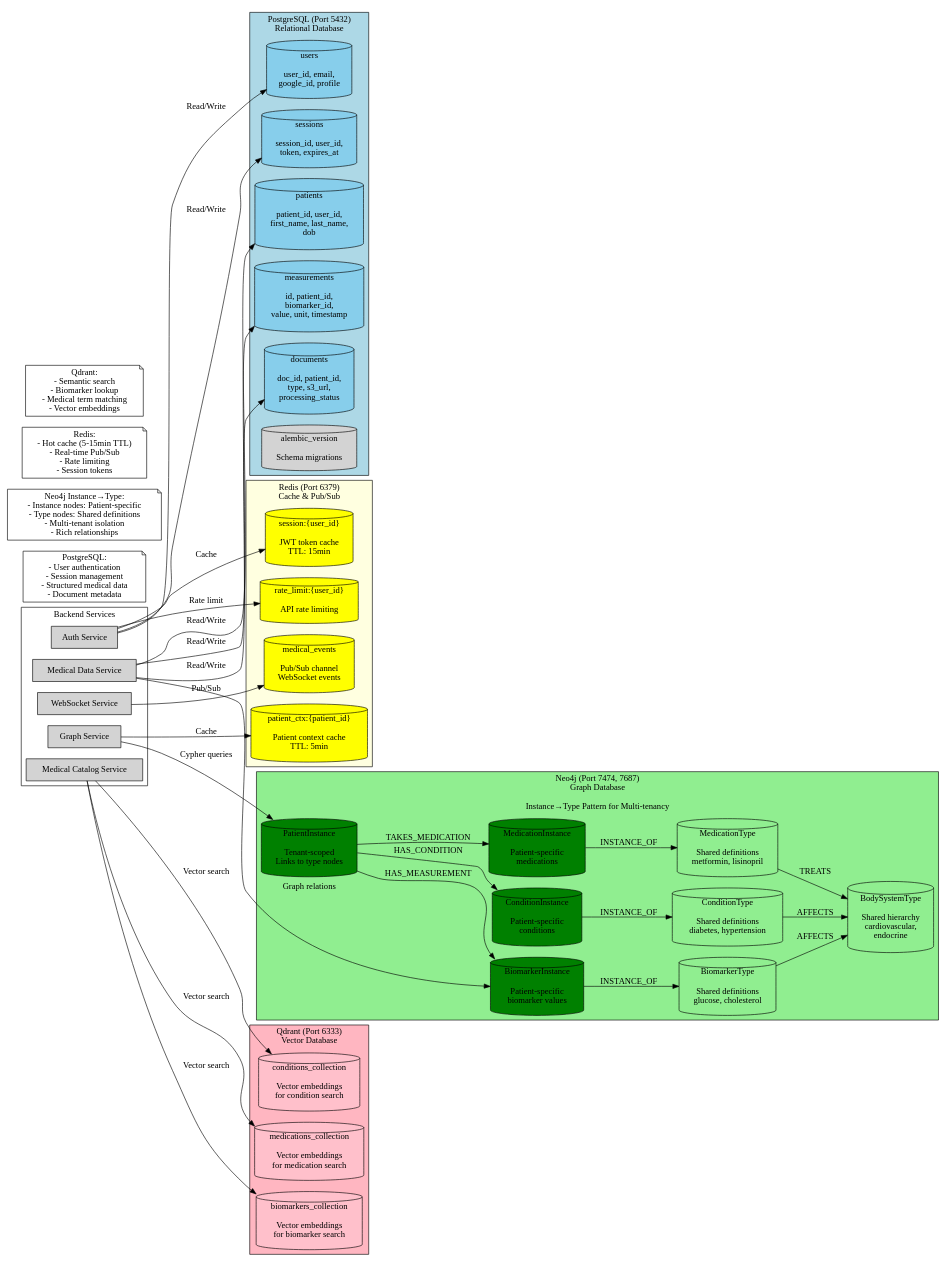
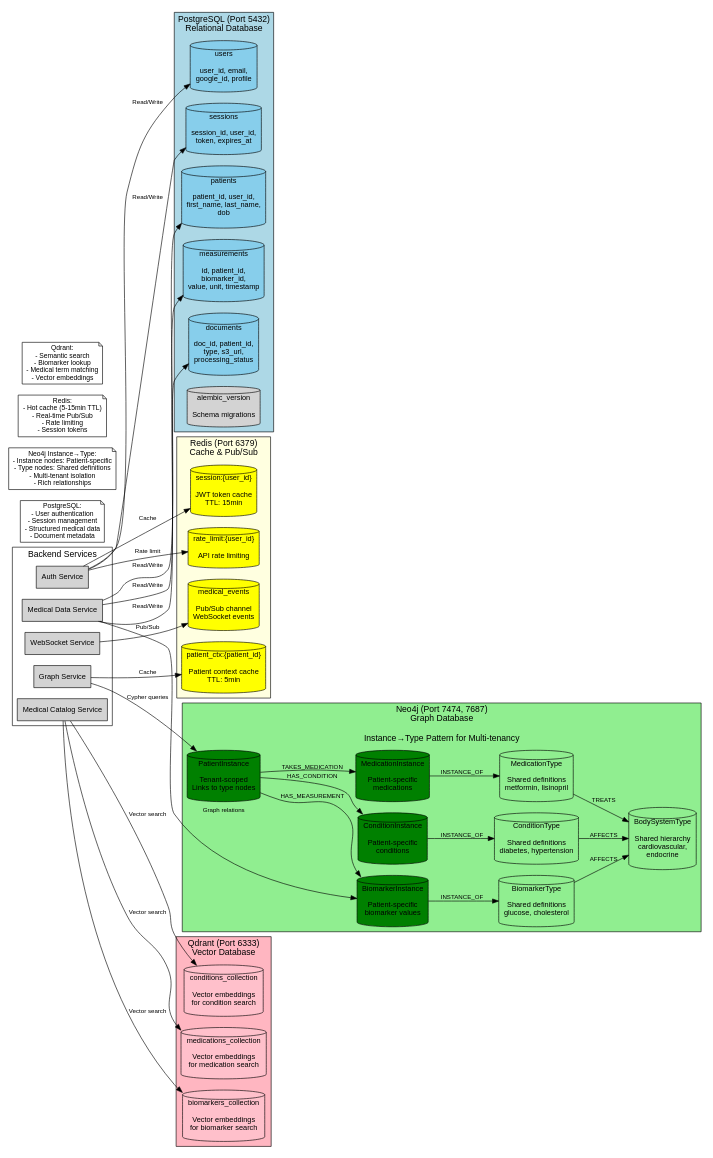
One commit to NumberOne-AI/machina-meta changed the diagram in docs/DATAFLOW_database_layer.dot. Above: the diagram before and after it, drawn with Graphviz. The commit also changed 4 other files, not shown here.

First line of the commit message:
docs: improve font sizes in all Graphviz diagrams

```diff
--- a/docs/DATAFLOW_database_layer.dot
+++ b/docs/DATAFLOW_database_layer.dot
@@ -1,117 +1,121 @@
 // Database Layer Architecture
 // Multi-database system with Neo4j Instance→Type pattern
 digraph DatabaseLayer {
     rankdir=LR;
-    node [shape=cylinder, style=filled];
+
+    // Font settings for readability
+    graph [fontsize=14, fontname="Arial"];
+    node [shape=cylinder, style=filled, fontsize=12, fontname="Arial"];
+    edge [fontsize=10, fontname="Arial"];
 
     // PostgreSQL
     subgraph cluster_postgres {
         label="PostgreSQL (Port 5432)\nRelational Database";
         fillcolor=lightblue;
         style=filled;
 
         pg_users [label="users\n\nuser_id, email,\ngoogle_id, profile", fillcolor=skyblue];
         pg_sessions [label="sessions\n\nsession_id, user_id,\ntoken, expires_at", fillcolor=skyblue];
         pg_patients [label="patients\n\npatient_id, user_id,\nfirst_name, last_name,\ndob", fillcolor=skyblue];
         pg_measurements [label="measurements\n\nid, patient_id,\nbiomarker_id,\nvalue, unit, timestamp", fillcolor=skyblue];
         pg_documents [label="documents\n\ndoc_id, patient_id,\ntype, s3_url,\nprocessing_status", fillcolor=skyblue];
         pg_alembic [label="alembic_version\n\nSchema migrations", fillcolor=lightgray];
     }
 
     // Neo4j
     subgraph cluster_neo4j {
         label="Neo4j (Port 7474, 7687)\nGraph Database\n\nInstance→Type Pattern for Multi-tenancy";
         fillcolor=lightgreen;
         style=filled;
 
         // Instance nodes (tenant-specific)
         neo_patient_inst [label="PatientInstance\n\nTenant-scoped\nLinks to type nodes", fillcolor=green];
         neo_biomarker_inst [label="BiomarkerInstance\n\nPatient-specific\nbiomarker values", fillcolor=green];
         neo_condition_inst [label="ConditionInstance\n\nPatient-specific\nconditions", fillcolor=green];
         neo_medication_inst [label="MedicationInstance\n\nPatient-specific\nmedications", fillcolor=green];
 
         // Type nodes (shared across tenants)
         neo_biomarker_type [label="BiomarkerType\n\nShared definitions\nglucose, cholesterol", fillcolor=lightgreen];
         neo_condition_type [label="ConditionType\n\nShared definitions\ndiabetes, hypertension", fillcolor=lightgreen];
         neo_medication_type [label="MedicationType\n\nShared definitions\nmetformin, lisinopril", fillcolor=lightgreen];
         neo_body_system [label="BodySystemType\n\nShared hierarchy\ncardiovascular,\nendocrine", fillcolor=lightgreen];
 
         // Relationships
         neo_patient_inst -> neo_biomarker_inst [label="HAS_MEASUREMENT"];
         neo_patient_inst -> neo_condition_inst [label="HAS_CONDITION"];
         neo_patient_inst -> neo_medication_inst [label="TAKES_MEDICATION"];
 
         neo_biomarker_inst -> neo_biomarker_type [label="INSTANCE_OF"];
         neo_condition_inst -> neo_condition_type [label="INSTANCE_OF"];
         neo_medication_inst -> neo_medication_type [label="INSTANCE_OF"];
 
         neo_biomarker_type -> neo_body_system [label="AFFECTS"];
         neo_condition_type -> neo_body_system [label="AFFECTS"];
         neo_medication_type -> neo_body_system [label="TREATS"];
     }
 
     // Redis
     subgraph cluster_redis {
         label="Redis (Port 6379)\nCache & Pub/Sub";
         fillcolor=lightyellow;
         style=filled;
 
         redis_sessions [label="session:{user_id}\n\nJWT token cache\nTTL: 15min", fillcolor=yellow];
         redis_patient_ctx [label="patient_ctx:{patient_id}\n\nPatient context cache\nTTL: 5min", fillcolor=yellow];
         redis_pubsub [label="medical_events\n\nPub/Sub channel\nWebSocket events", fillcolor=yellow];
         redis_rate_limit [label="rate_limit:{user_id}\n\nAPI rate limiting", fillcolor=yellow];
     }
 
     // Qdrant
     subgraph cluster_qdrant {
         label="Qdrant (Port 6333)\nVector Database";
         fillcolor=lightpink;
         style=filled;
 
         qdrant_biomarkers [label="biomarkers_collection\n\nVector embeddings\nfor biomarker search", fillcolor=pink];
         qdrant_conditions [label="conditions_collection\n\nVector embeddings\nfor condition search", fillcolor=pink];
         qdrant_medications [label="medications_collection\n\nVector embeddings\nfor medication search", fillcolor=pink];
     }
 
     // Service connections
     subgraph cluster_services {
         label="Backend Services";
         fillcolor=white;
         style=filled;
 
         auth_svc [label="Auth Service", fillcolor=lightgray, shape=box];
         graph_svc [label="Graph Service", fillcolor=lightgray, shape=box];
         med_data_svc [label="Medical Data Service", fillcolor=lightgray, shape=box];
         catalog_svc [label="Medical Catalog Service", fillcolor=lightgray, shape=box];
         websocket_svc [label="WebSocket Service", fillcolor=lightgray, shape=box];
     }
 
     // Service to database connections
     auth_svc -> pg_users [label="Read/Write"];
     auth_svc -> pg_sessions [label="Read/Write"];
     auth_svc -> redis_sessions [label="Cache"];
     auth_svc -> redis_rate_limit [label="Rate limit"];
 
     graph_svc -> neo_patient_inst [label="Cypher queries"];
     graph_svc -> redis_patient_ctx [label="Cache"];
 
     med_data_svc -> pg_patients [label="Read/Write"];
     med_data_svc -> pg_measurements [label="Read/Write"];
     med_data_svc -> pg_documents [label="Read/Write"];
     med_data_svc -> neo_biomarker_inst [label="Graph relations"];
 
     catalog_svc -> qdrant_biomarkers [label="Vector search"];
     catalog_svc -> qdrant_conditions [label="Vector search"];
     catalog_svc -> qdrant_medications [label="Vector search"];
 
     websocket_svc -> redis_pubsub [label="Pub/Sub"];
 
     // Data flow annotations
-    note1 [label="PostgreSQL:\n- User authentication\n- Session management\n- Structured medical data\n- Document metadata", fillcolor=white, shape=note];
+    note1 [label="PostgreSQL:\n- User authentication\n- Session management\n- Structured medical data\n- Document metadata", fillcolor=white, shape=note, fontsize=11];
 
-    note2 [label="Neo4j Instance→Type:\n- Instance nodes: Patient-specific\n- Type nodes: Shared definitions\n- Multi-tenant isolation\n- Rich relationships", fillcolor=white, shape=note];
+    note2 [label="Neo4j Instance→Type:\n- Instance nodes: Patient-specific\n- Type nodes: Shared definitions\n- Multi-tenant isolation\n- Rich relationships", fillcolor=white, shape=note, fontsize=11];
 
-    note3 [label="Redis:\n- Hot cache (5-15min TTL)\n- Real-time Pub/Sub\n- Rate limiting\n- Session tokens", fillcolor=white, shape=note];
+    note3 [label="Redis:\n- Hot cache (5-15min TTL)\n- Real-time Pub/Sub\n- Rate limiting\n- Session tokens", fillcolor=white, shape=note, fontsize=11];
 
-    note4 [label="Qdrant:\n- Semantic search\n- Biomarker lookup\n- Medical term matching\n- Vector embeddings", fillcolor=white, shape=note];
+    note4 [label="Qdrant:\n- Semantic search\n- Biomarker lookup\n- Medical term matching\n- Vector embeddings", fillcolor=white, shape=note, fontsize=11];
 }
```
